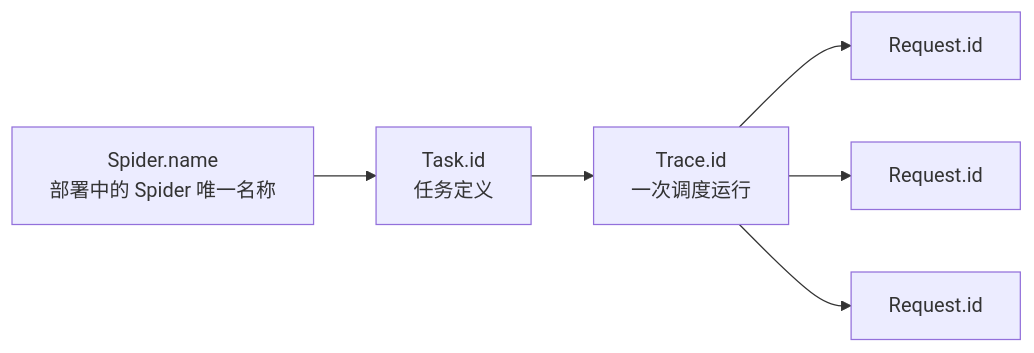
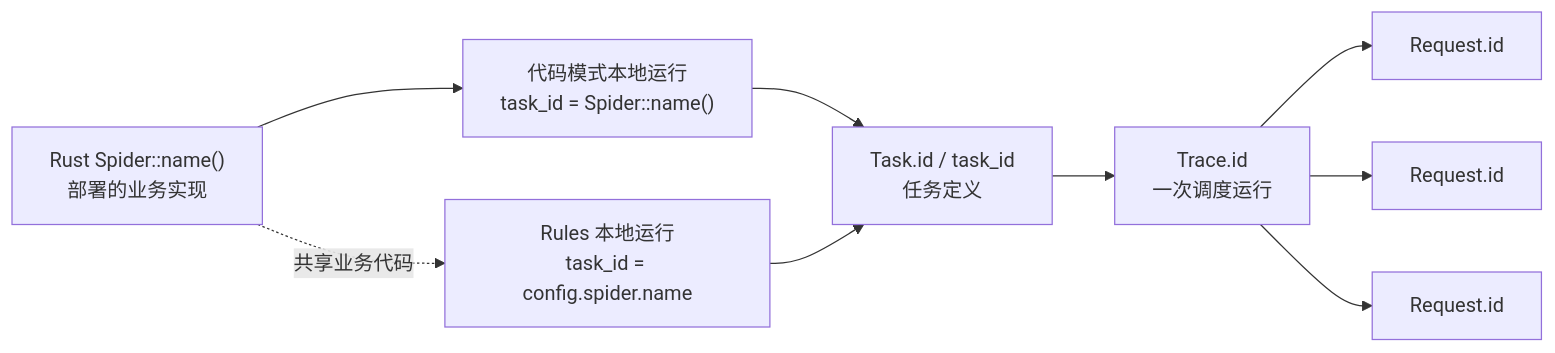
The second of 5 diagrams in docs/architecture.zh-CN.md (halo-space/crawler), drawn with Mermaid before and after one commit. The commit also changed other lines of this file and 18 other files, not shown here.

````diff
--- a/docs/architecture.zh-CN.md
+++ b/docs/architecture.zh-CN.md
@@ -94,8 +94,15 @@
 ```mermaid
 flowchart LR
-    S["Spider.name<br/>部署中的 Spider 唯一名称"] --> T["Task.id<br/>任务定义"]
+    S["Rust Spider::name()<br/>部署的业务实现"]
+    C["代码模式本地运行<br/>task_id = Spider::name()"]
+    Y["Rules 本地运行<br/>task_id = config.spider.name"]
+    T["Task.id / task_id<br/>任务定义"]
+    S --> C
+    S -. 共享业务代码 .-> Y
+    C --> T
+    Y --> T
     T --> R["Trace.id<br/>一次调度运行"]
     R --> Q1["Request.id"]
     R --> Q2["Request.id"]
     R --> Q3["Request.id"]
 ```
````
